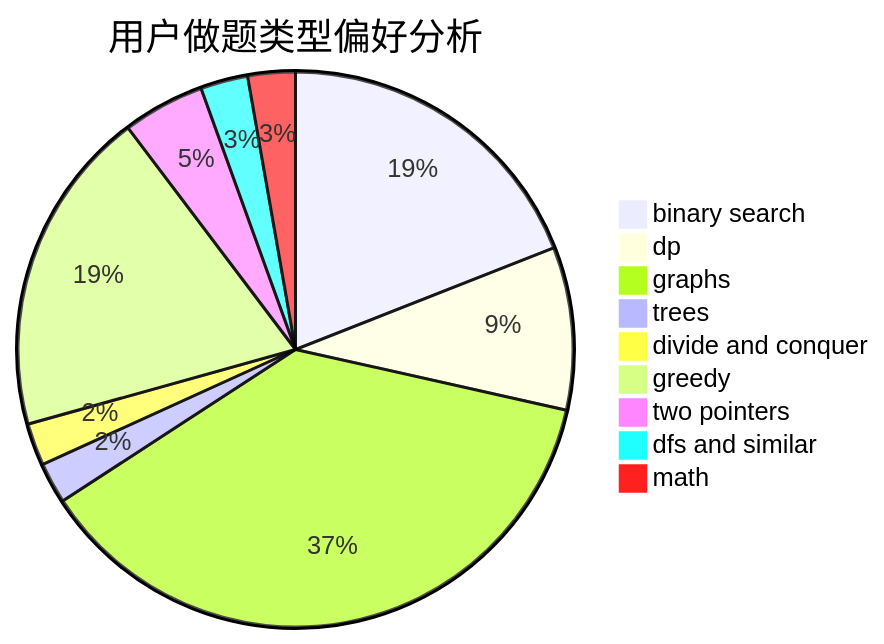
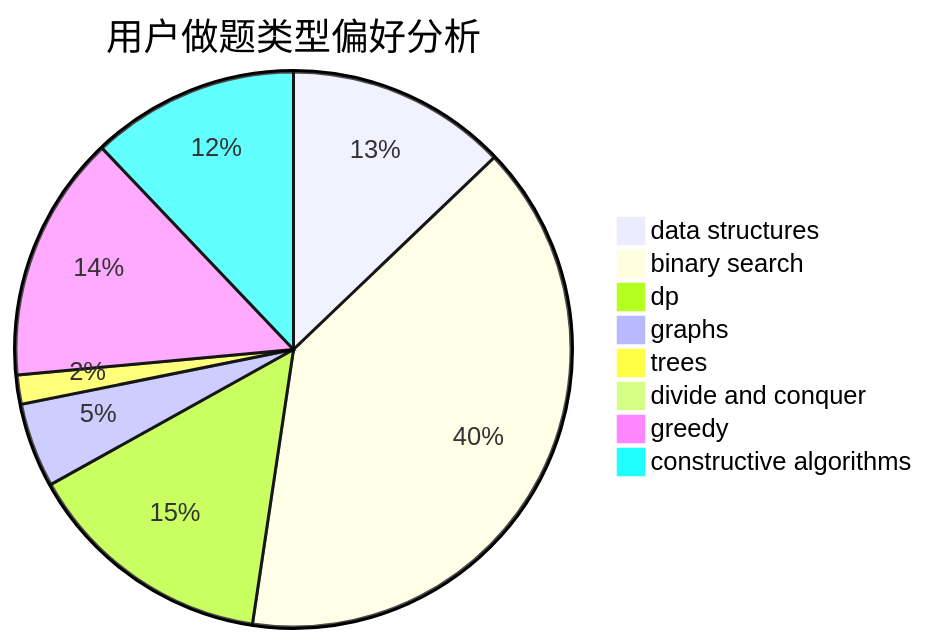
One commit to sherpahu/cfrs.github.io changed the second of 3 diagrams in docs/user/u1781.md. Above: the diagram before and after it, drawn with Mermaid. The commit also changed other lines of this file and 2775 other files, not shown here.

````diff
--- a/docs/user/u1781.md
+++ b/docs/user/u1781.md
@@ -23,12 +23,11 @@
 ```mermaid
 pie title 用户做题类型偏好分析
-    "binary search" :  255
-    "dp" :  127
-    "graphs" :  500
-    "trees" :  32
-    "divide and conquer" :  33
-    "greedy" :  255
-    "two pointers" :  64
-    "dfs and similar" :  37
-    "math" :  37
+    "data structures" :  68
+    "binary search" :  209
+    "dp" :  77
+    "graphs" :  26
+    "trees" :  9
+    "divide and conquer" :  0
+    "greedy" :  76
+    "constructive algorithms" :  64
 ```
````
